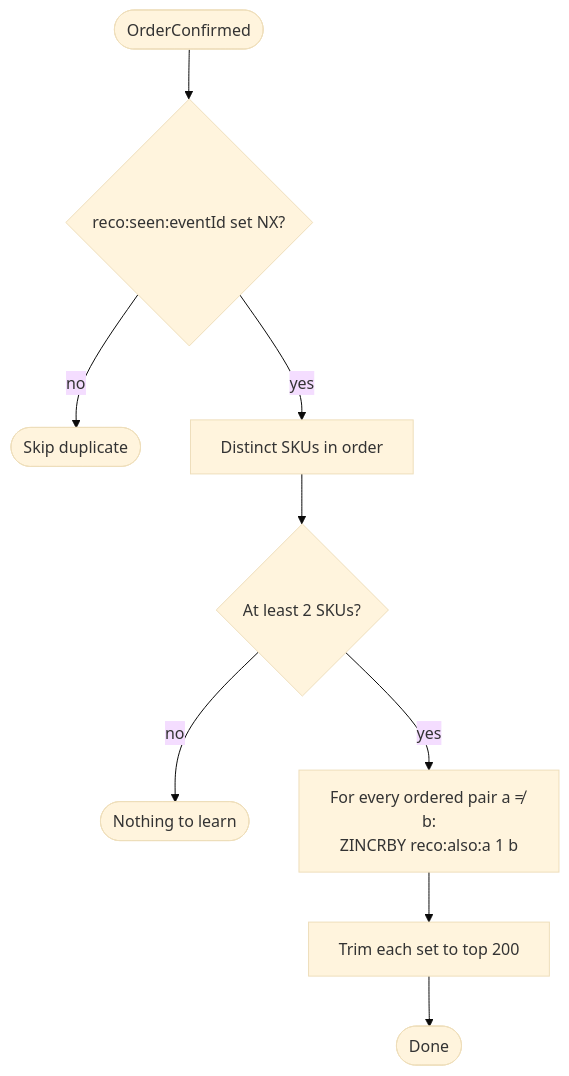
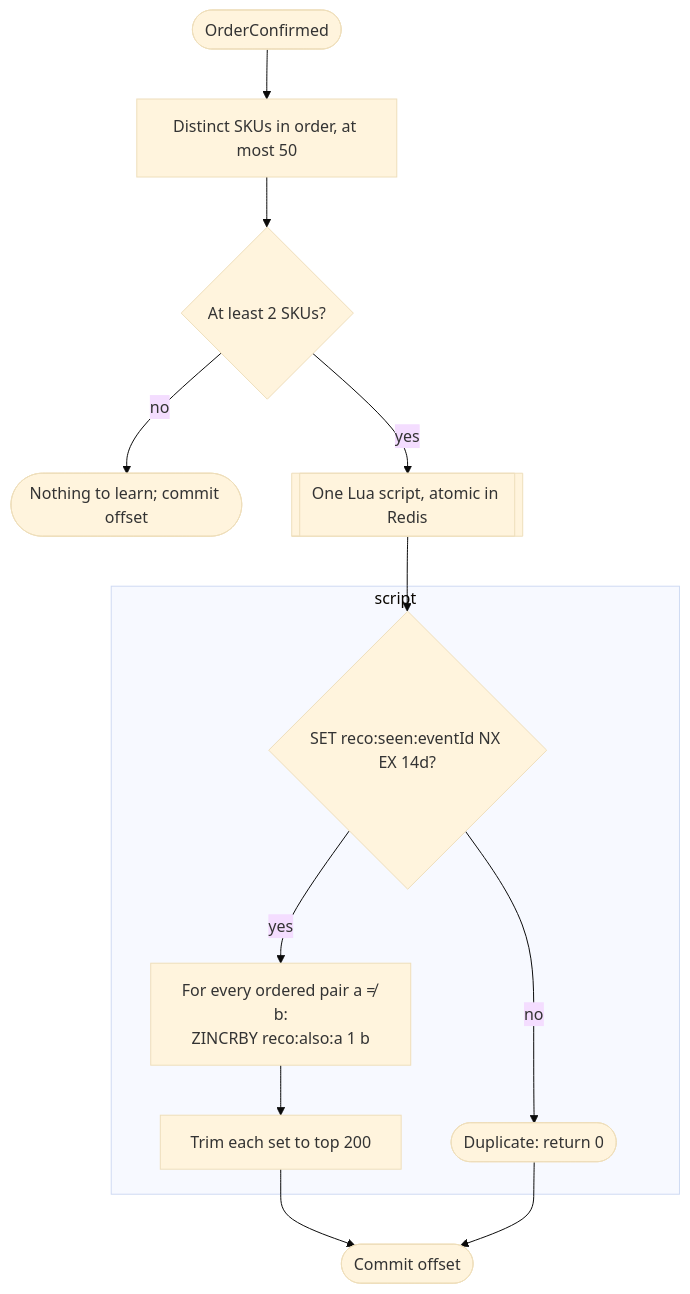
One commit to jk-boot-up/system-design changed the diagram in e-commerce/design/diagrams/src/flow-diagrams--recommendation-update.mmd. Above: the diagram before and after it, drawn with Mermaid (base theme). The commit also changed 59 other files, not shown here.

```diff
--- a/e-commerce/design/diagrams/src/flow-diagrams--recommendation-update.mmd
+++ b/e-commerce/design/diagrams/src/flow-diagrams--recommendation-update.mmd
@@ -1,9 +1,14 @@
 flowchart TD
-    A([OrderConfirmed]) --> B{reco:seen:eventId set NX?}
-    B -- no --> Z([Skip duplicate])
-    B -- yes --> C[Distinct SKUs in order]
+    A([OrderConfirmed]) --> C[Distinct SKUs in order, at most 50]
     C --> D{At least 2 SKUs?}
-    D -- no --> Z2([Nothing to learn])
-    D -- yes --> E[For every ordered pair a ≠ b:<br/>ZINCRBY reco:also:a 1 b]
-    E --> F[Trim each set to top 200]
-    F --> Z3([Done])
+    D -- no --> Z2([Nothing to learn; commit offset])
+    D -- yes --> S[[One Lua script, atomic in Redis]]
+    subgraph S1[script]
+        B{SET reco:seen:eventId NX EX 14d?}
+        B -- no --> Z([Duplicate: return 0])
+        B -- yes --> E[For every ordered pair a ≠ b:<br/>ZINCRBY reco:also:a 1 b]
+        E --> F[Trim each set to top 200]
+    end
+    S --> B
+    F --> Z3([Commit offset])
+    Z --> Z3
```
